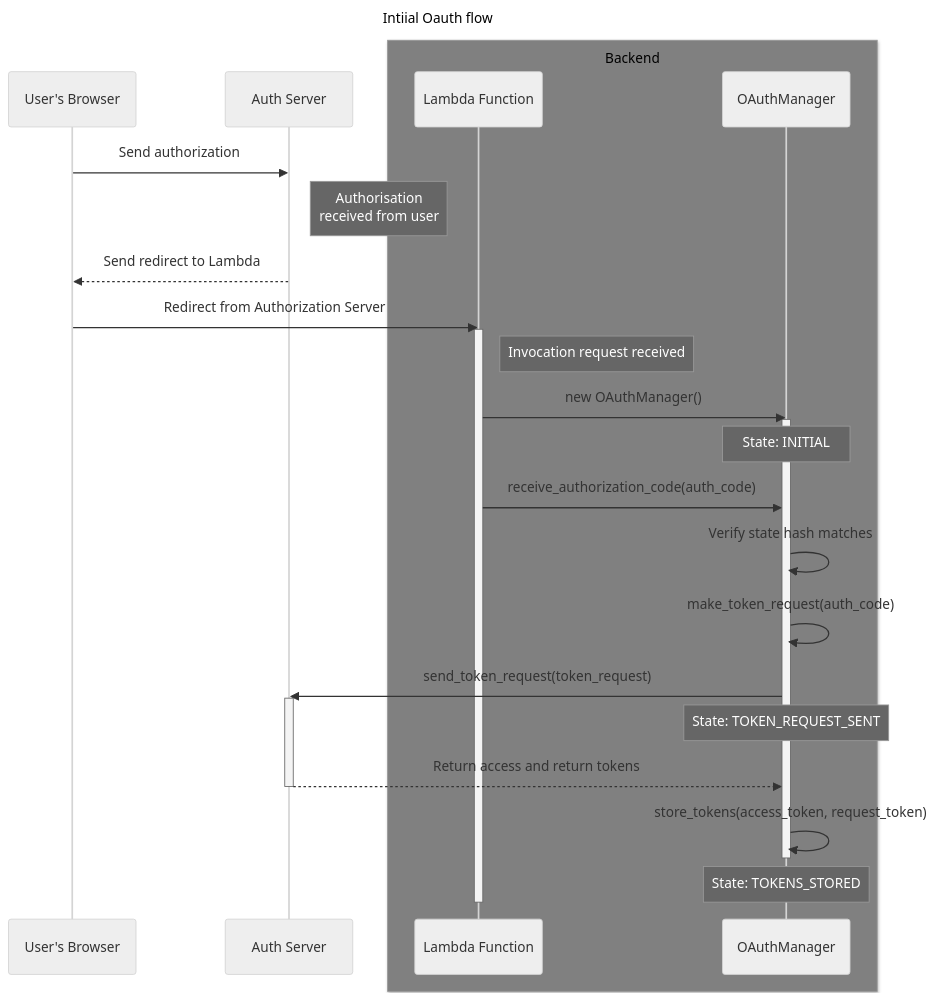
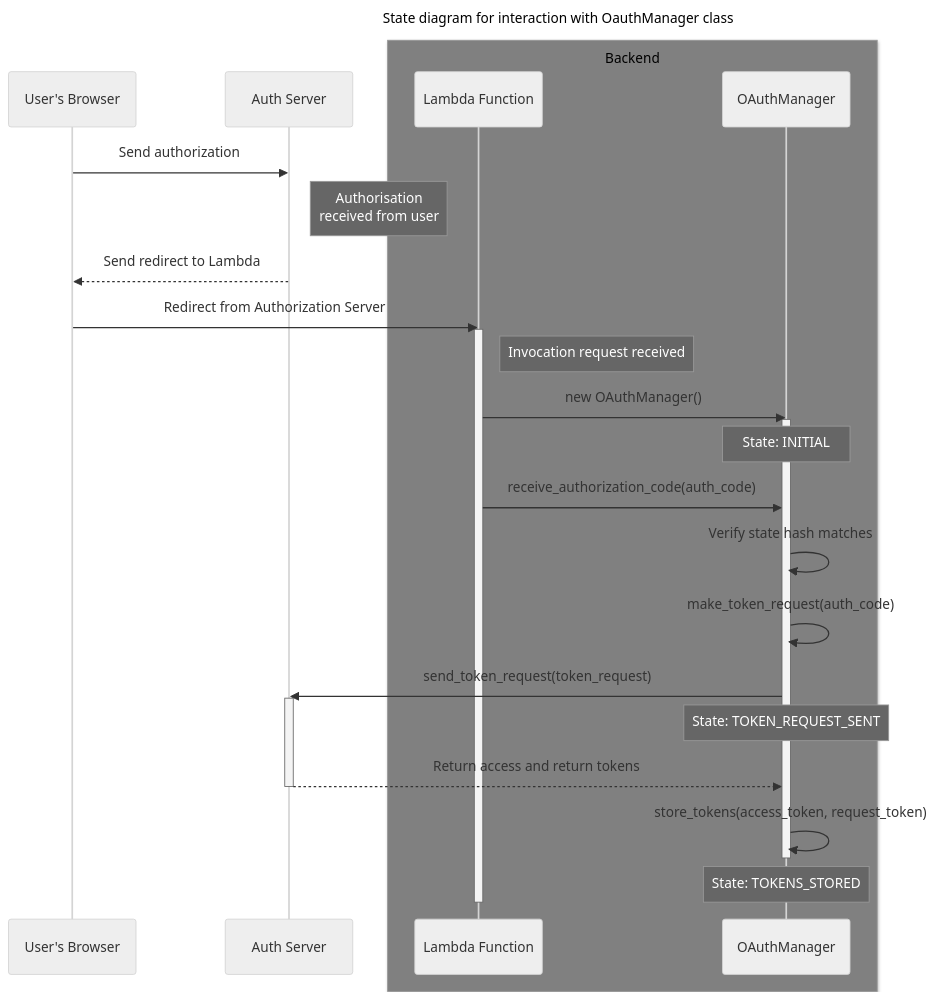
Before and after one commit to Craftarc/axel: the diagram in docs/initial-oauth.mermaid, drawn with Mermaid (neutral theme). The commit also changed 6 other files, not shown here.

```diff
--- a/docs/initial-oauth.mermaid
+++ b/docs/initial-oauth.mermaid
@@ -1,40 +1,40 @@
 ---
-title: Intiial Oauth flow
+title: State diagram for interaction with OauthManager class
 ---
 
 sequenceDiagram
     participant Browser as User's Browser
     participant Auth as Auth Server
     participant Lambda as Lambda Function
     participant OM as OAuthManager
 
 
 
     box gray Backend
-    participant Lambda
-    participant OM
+        participant Lambda
+        participant OM
     end
 
-    Browser->>Auth: Send authorization
+    Browser ->> Auth: Send authorization
     note right of Auth: Authorisation <br> received from user
-    Auth-->>Browser: Send redirect to Lambda
-    Browser->>Lambda: Redirect from Authorization Server
+    Auth -->> Browser: Send redirect to Lambda
+    Browser ->> Lambda: Redirect from Authorization Server
     activate Lambda
     note right of Lambda: Invocation request received
-    Lambda->>OM: new OAuthManager()
+    Lambda ->> OM: new OAuthManager()
     activate OM
     note over OM: State: INITIAL
-    Lambda->>OM: receive_authorization_code(auth_code)
-    OM->>OM: Verify state hash matches
-    OM->>OM: make_token_request(auth_code)
-    OM->>Auth: send_token_request(token_request)
+    Lambda ->> OM: receive_authorization_code(auth_code)
+    OM ->> OM: Verify state hash matches
+    OM ->> OM: make_token_request(auth_code)
+    OM ->> Auth: send_token_request(token_request)
     activate Auth
     note over OM: State: TOKEN_REQUEST_SENT
-    Auth-->>OM: Return access and return tokens
+    Auth -->> OM: Return access and return tokens
     deactivate Auth
 
-    OM->>OM: store_tokens(access_token, request_token)
+    OM ->> OM: store_tokens(access_token, request_token)
     deactivate OM
     note over OM: State: TOKENS_STORED
 
     deactivate Lambda
```
